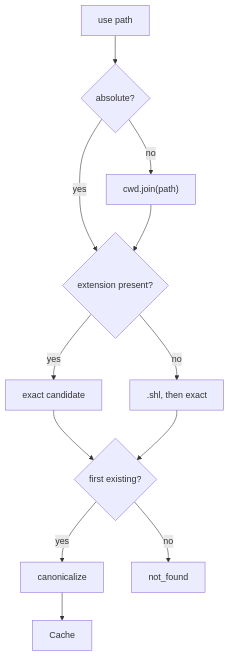
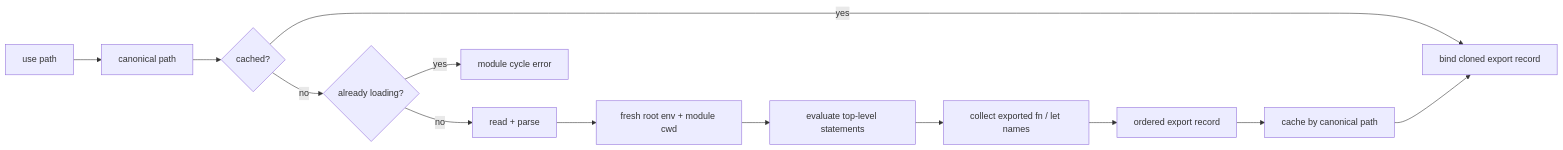
Before and after one commit to alliecatowo/shoal: the third of 3 diagrams in site/content/internals/calls-modules-namespaces.md, drawn with Mermaid. The commit also changed other lines of this file and 70 other files, not shown here.

Commit message:
docs: refine manual and architecture visuals

````diff
--- a/site/content/internals/calls-modules-namespaces.md
+++ b/site/content/internals/calls-modules-namespaces.md
@@ -184,14 +173,17 @@
 ```mermaid
-flowchart TD
-  Use["use path"] --> Base{"absolute?"}
-  Base -->|no| Join["cwd.join(path)"]
-  Base -->|yes| Candidate
-  Join --> Candidate{"extension present?"}
-  Candidate -->|yes| Exact["exact candidate"]
-  Candidate -->|no| Two[".shl, then exact"]
-  Exact --> Exists
-  Two --> Exists{"first existing?"}
-  Exists -->|yes| Canon["canonicalize"]
-  Exists -->|no| NotFound["not_found"]
-  Canon --> Cache
+flowchart LR
+accTitle: Module evaluation lifecycle
+accDescr: A canonical module path is cycle-checked, evaluated in a fresh environment, reduced to explicit exports, cached, and bound into the caller as a record.
+  Use["use path"] --> Canon["canonical path"]
+  Canon --> Cached{"cached?"}
+  Cached -->|yes| Bind["bind cloned export record"]
+  Cached -->|no| Cycle{"already loading?"}
+  Cycle -->|yes| Error["module cycle error"]
+  Cycle -->|no| Parse["read + parse"]
+  Parse --> Fresh["fresh root env + module cwd"]
+  Fresh --> Eval["evaluate top-level statements"]
+  Eval --> Exports["collect exported fn / let names"]
+  Exports --> Record["ordered export record"]
+  Record --> Cache["cache by canonical path"]
+  Cache --> Bind
 ```
````
